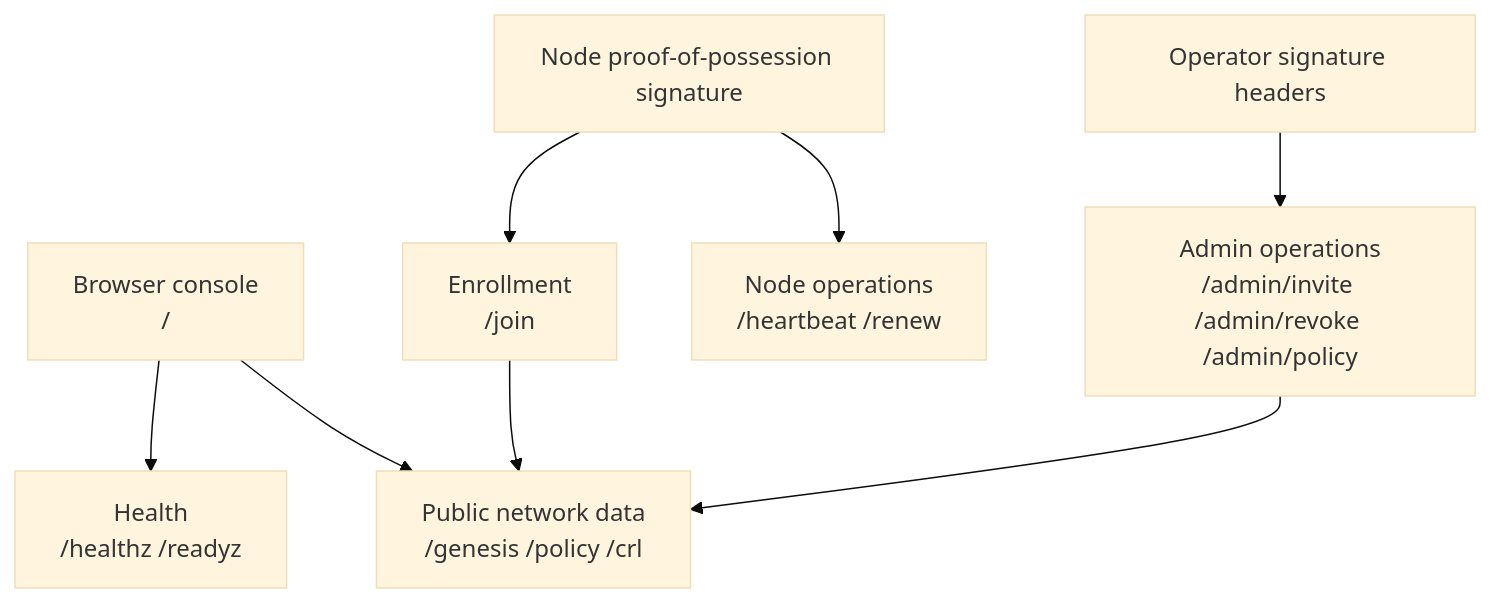
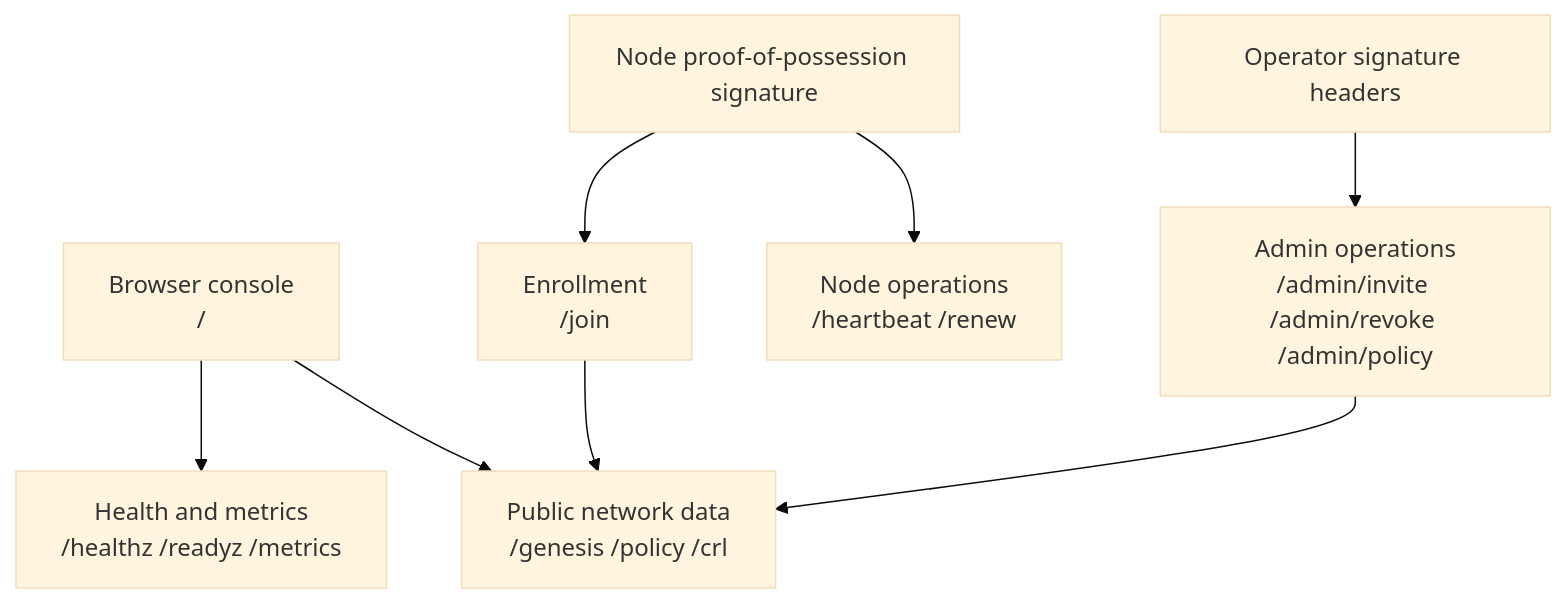
The diagram in docs/reference/network-authority-api.md (GenesisMeshLabs/genesismesh), drawn with Mermaid (base theme) before and after one commit. The commit also changed other lines of this file and 13 other files, not shown here.

````diff
--- a/docs/reference/network-authority-api.md
+++ b/docs/reference/network-authority-api.md
@@ -6,19 +6,19 @@
 ```{mermaid}
 flowchart TB
     home["Browser console\n/"]
-    health["Health\n/healthz /readyz"]
+    health["Health and metrics\n/healthz /readyz /metrics"]
     public["Public network data\n/genesis /policy /crl"]
     enrollment["Enrollment\n/join"]
     node_ops["Node operations\n/heartbeat /renew"]
     admin["Admin operations\n/admin/invite /admin/revoke /admin/policy"]
     auth["Operator signature headers"]
     node_sig["Node proof-of-possession signature"]
 
     auth --> admin
     node_sig --> enrollment
     node_sig --> node_ops
     home --> health
     home --> public
     enrollment --> public
     admin --> public
 ```
````
